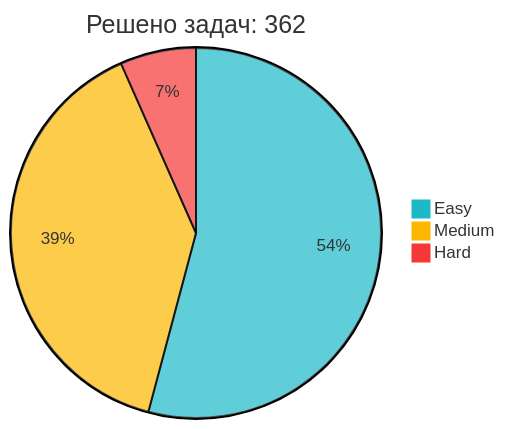
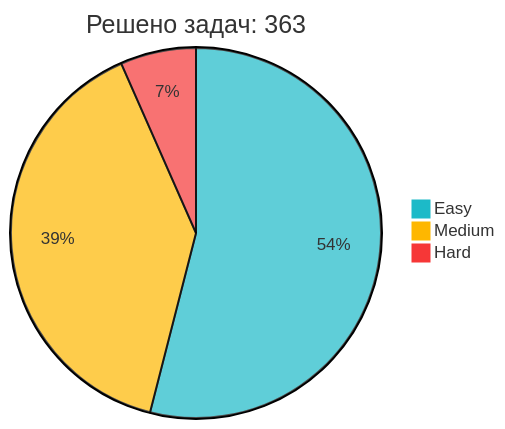
The diagram in README.md (IliaKurdukov/IliaKurdukov), drawn with Mermaid before and after one commit. The commit also changed other lines of this file, not shown here.

Commit message:
📈 Обновление статистики LeetCode

````diff
--- a/README.md
+++ b/README.md
@@ -51,7 +51,7 @@
 ```mermaid
 %%{init: {'theme': 'base', 'themeVariables': { 'pie1': '#1CBAC8', 'pie2': '#FEB700', 'pie3': '#F63737' }, 'config': {'width': 300, 'height': 200}}}%%
-pie title Решено задач: 362
+pie title Решено задач: 363
    "Easy" : 196
-   "Medium" : 142
+   "Medium" : 143
    "Hard" : 24
 ```
````
